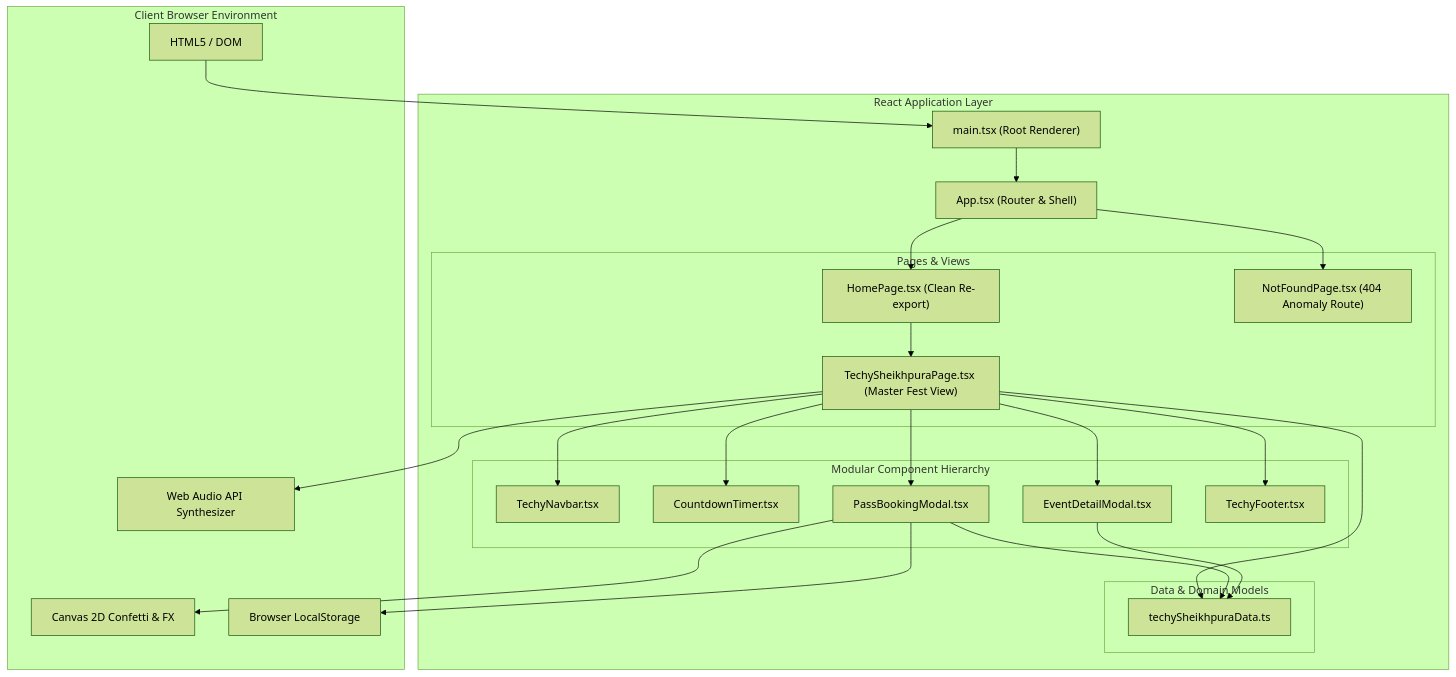
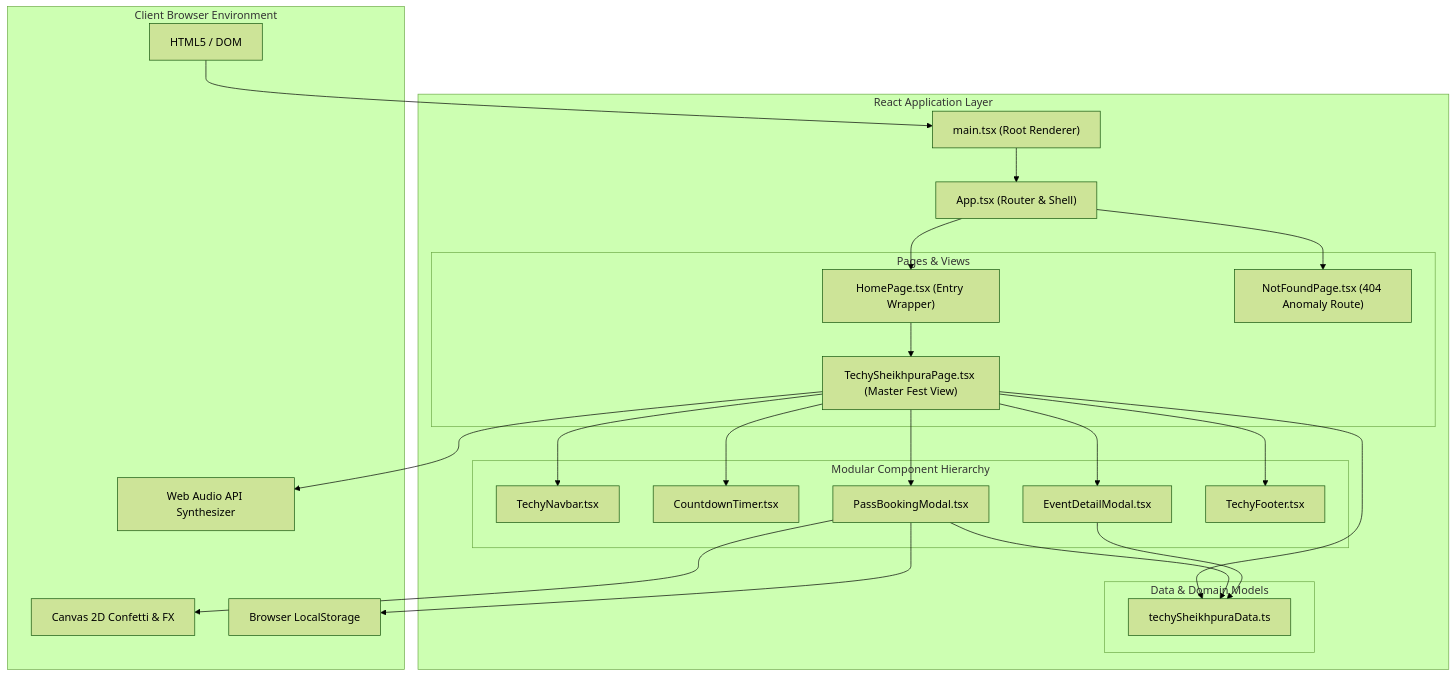
The first of 2 diagrams in docs/ARCHITECTURE.md (Dilkhushkumardev/TechySheikhpura), drawn with Mermaid (forest theme) before and after one commit. The commit also changed other lines of this file, not shown here.

````diff
--- a/docs/ARCHITECTURE.md
+++ b/docs/ARCHITECTURE.md
@@ -14,49 +14,49 @@
 ```mermaid
 flowchart TD
     subgraph Browser["Client Browser Environment"]
         DOM["HTML5 / DOM"]
         AudioAPI["Web Audio API Synthesizer"]
         CanvasEngine["Canvas 2D Confetti & FX"]
         Storage["Browser LocalStorage"]
     end
 
     subgraph AppLayer["React Application Layer"]
         Root["main.tsx (Root Renderer)"]
         AppComp["App.tsx (Router & Shell)"]
 
         subgraph Pages["Pages & Views"]
-            Home["HomePage.tsx (Clean Re-export)"]
+            Home["HomePage.tsx (Entry Wrapper)"]
             Master["TechySheikhpuraPage.tsx (Master Fest View)"]
             NotFound["NotFoundPage.tsx (404 Anomaly Route)"]
         end
 
         subgraph Components["Modular Component Hierarchy"]
             Nav["TechyNavbar.tsx"]
             Timer["CountdownTimer.tsx"]
             PassModal["PassBookingModal.tsx"]
             EventModal["EventDetailModal.tsx"]
             Footer["TechyFooter.tsx"]
         end
 
         subgraph DataLayer["Data & Domain Models"]
             FestData["techySheikhpuraData.ts"]
         end
     end
 
     DOM --> Root
     Root --> AppComp
     AppComp --> Home
     AppComp --> NotFound
     Home --> Master
     Master --> Nav
     Master --> Timer
     Master --> PassModal
     Master --> EventModal
     Master --> Footer
     Master --> FestData
     PassModal --> FestData
     EventModal --> FestData
     PassModal --> Storage
     PassModal --> CanvasEngine
     Master --> AudioAPI
 ```
````
